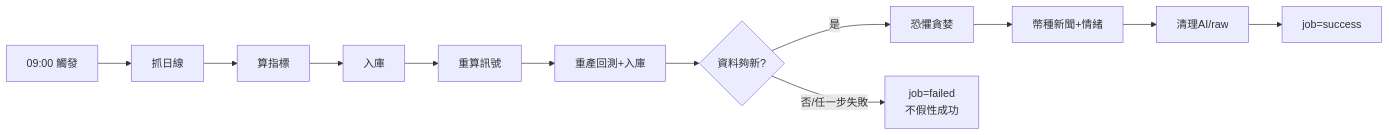
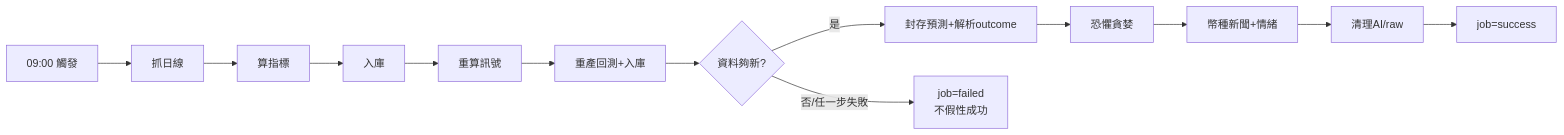
The second of 5 diagrams in README.md (yunzhenz-chainwin/crypto-quant), drawn with Mermaid before and after one commit. The commit also changed other lines of this file and 34 other files, not shown here.

````diff
--- a/README.md
+++ b/README.md
@@ -184,7 +191,7 @@
 ```mermaid
 flowchart LR
     S["09:00 觸發"] --> F["抓日線"] --> I["算指標"] --> IN["入庫"]
     IN --> DS["重算訊號"] --> BT["重產回測+入庫"] --> FR{"資料夠新?"}
-    FR -->|"是"| FG["恐懼貪婪"] --> NW["幣種新聞+情緒"] --> CL["清理AI/raw"] --> OK["job=success"]
+    FR -->|"是"| FC["封存預測+解析outcome"] --> FG["恐懼貪婪"] --> NW["幣種新聞+情緒"] --> CL["清理AI/raw"] --> OK["job=success"]
     FR -->|"否/任一步失敗"| FAIL["job=failed<br/>不假性成功"]
 ```
````
